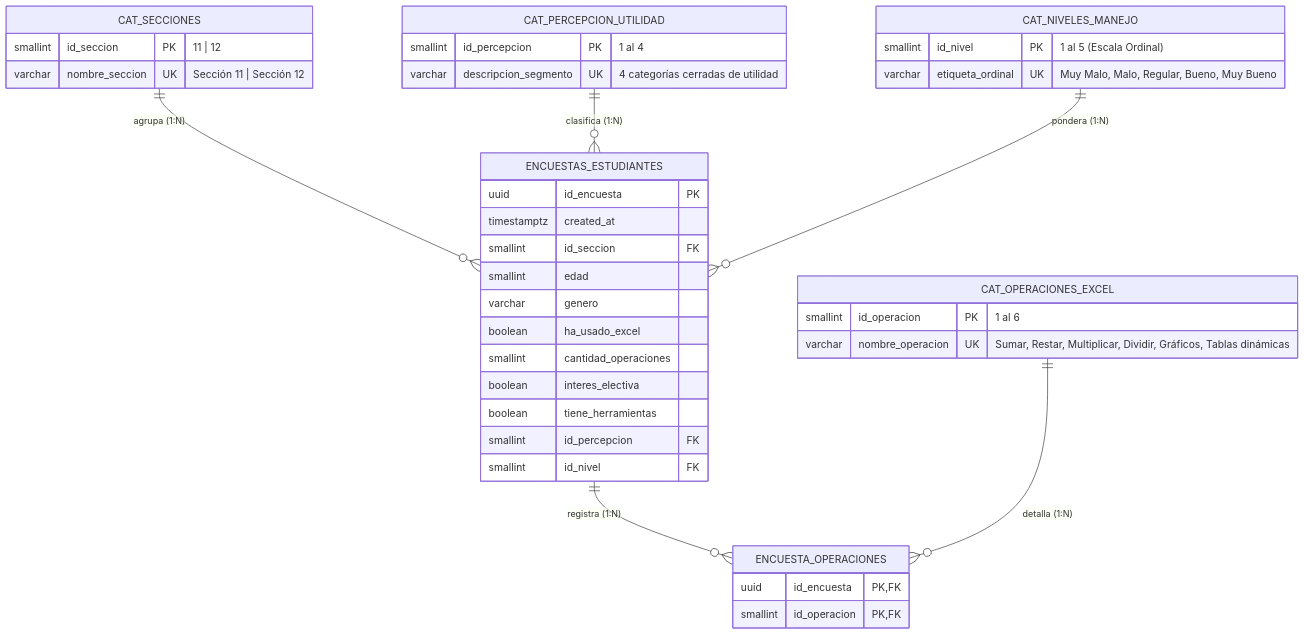
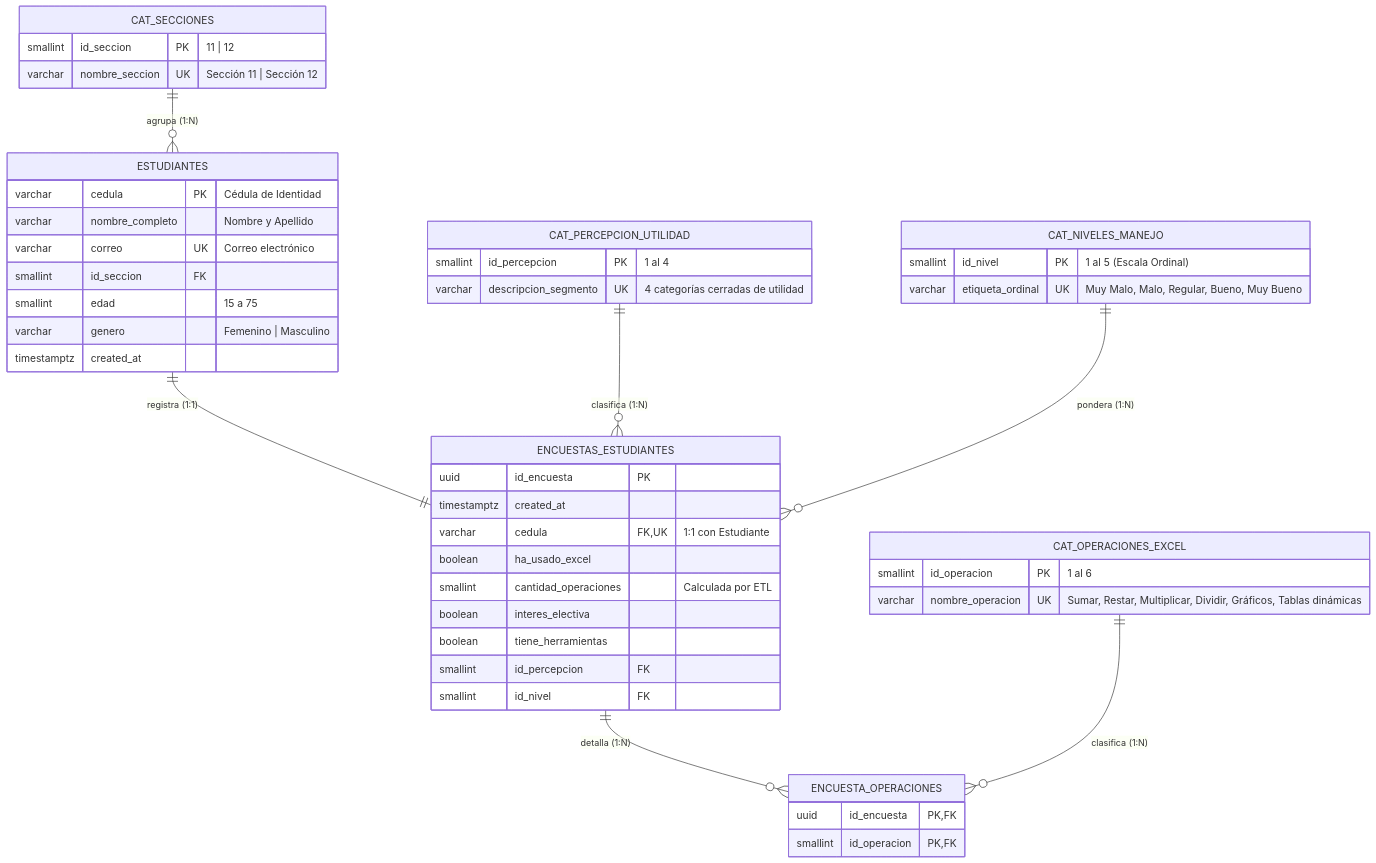
Before and after one commit to NUEVALIANZADIE/oltp-streamlit-plantilla: the diagram in docs/etl_system_design.md, drawn with Mermaid. The commit also changed other lines of this file and 2 other files, not shown here.

Commit message:
docs(schema): agregar entidad estudiantes, der 3fn y bitacora pedagogica

````diff
--- a/docs/etl_system_design.md
+++ b/docs/etl_system_design.md
@@ -30,47 +31,56 @@
 ```mermaid
 erDiagram
-    CAT_SECCIONES ||--o{ ENCUESTAS_ESTUDIANTES : "agrupa (1:N)"
+    CAT_SECCIONES ||--o{ ESTUDIANTES : "agrupa (1:N)"
+    ESTUDIANTES ||--|| ENCUESTAS_ESTUDIANTES : "registra (1:1)"
     CAT_PERCEPCION_UTILIDAD ||--o{ ENCUESTAS_ESTUDIANTES : "clasifica (1:N)"
     CAT_NIVELES_MANEJO ||--o{ ENCUESTAS_ESTUDIANTES : "pondera (1:N)"
-    ENCUESTAS_ESTUDIANTES ||--o{ ENCUESTA_OPERACIONES : "registra (1:N)"
-    CAT_OPERACIONES_EXCEL ||--o{ ENCUESTA_OPERACIONES : "detalla (1:N)"
+    ENCUESTAS_ESTUDIANTES ||--o{ ENCUESTA_OPERACIONES : "detalla (1:N)"
+    CAT_OPERACIONES_EXCEL ||--o{ ENCUESTA_OPERACIONES : "clasifica (1:N)"
 
     CAT_SECCIONES {
         smallint id_seccion PK "11 | 12"
         varchar nombre_seccion UK "Sección 11 | Sección 12"
+    }
+
+    ESTUDIANTES {
+        varchar cedula PK "Cédula de Identidad"
+        varchar nombre_completo "Nombre y Apellido"
+        varchar correo UK "Correo electrónico"
+        smallint id_seccion FK
+        smallint edad "15 a 75"
+        varchar genero "Femenino | Masculino"
+        timestamptz created_at
     }
 
     CAT_OPERACIONES_EXCEL {
         smallint id_operacion PK "1 al 6"
         varchar nombre_operacion UK "Sumar, Restar, Multiplicar, Dividir, Gráficos, Tablas dinámicas"
     }
 
     CAT_PERCEPCION_UTILIDAD {
         smallint id_percepcion PK "1 al 4"
         varchar descripcion_segmento UK "4 categorías cerradas de utilidad"
     }
 
     CAT_NIVELES_MANEJO {
         smallint id_nivel PK "1 al 5 (Escala Ordinal)"
         varchar etiqueta_ordinal UK "Muy Malo, Malo, Regular, Bueno, Muy Bueno"
     }
 
     ENCUESTAS_ESTUDIANTES {
         uuid id_encuesta PK
         timestamptz created_at
-        smallint id_seccion FK
-        smallint edad
-        varchar genero
+        varchar cedula FK, UK "1:1 con Estudiante"
         boolean ha_usado_excel
-        smallint cantidad_operaciones
+        smallint cantidad_operaciones "Calculada por ETL"
         boolean interes_electiva
         boolean tiene_herramientas
         smallint id_percepcion FK
         smallint id_nivel FK
     }
 
     ENCUESTA_OPERACIONES {
         uuid id_encuesta PK, FK
         smallint id_operacion PK, FK
     }
 ```
````
